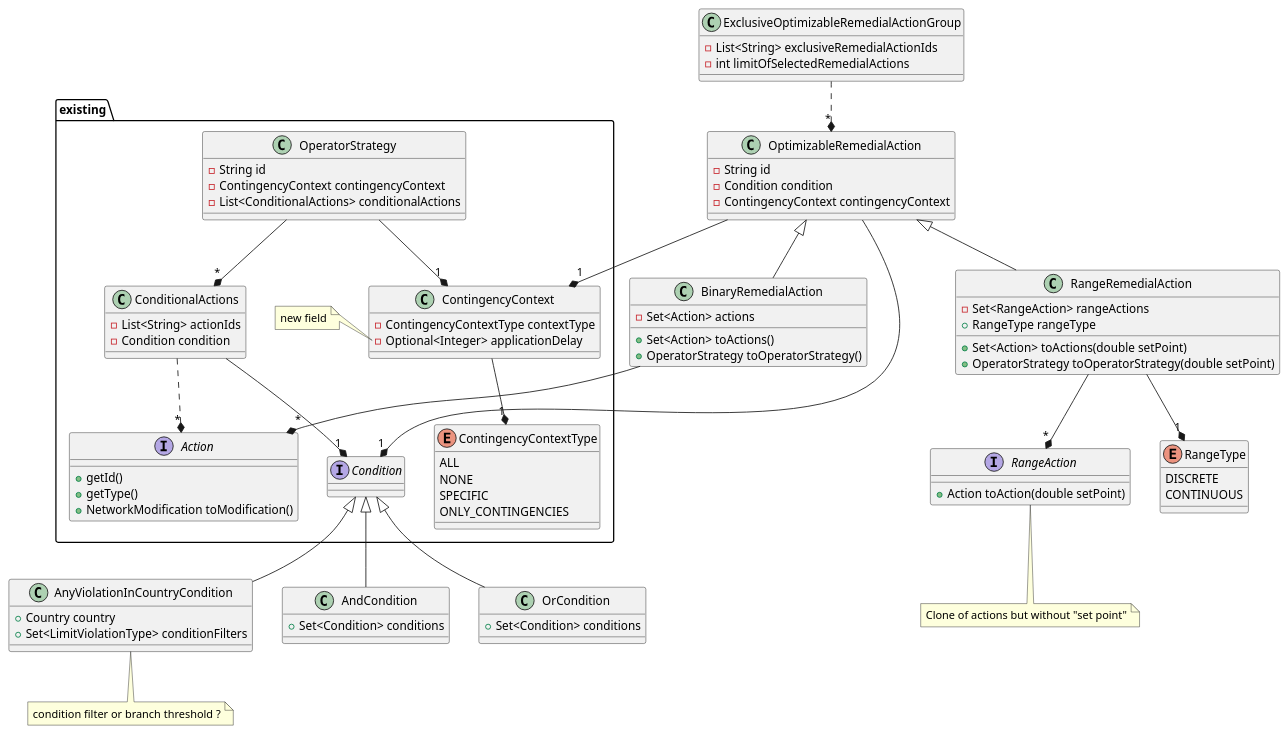
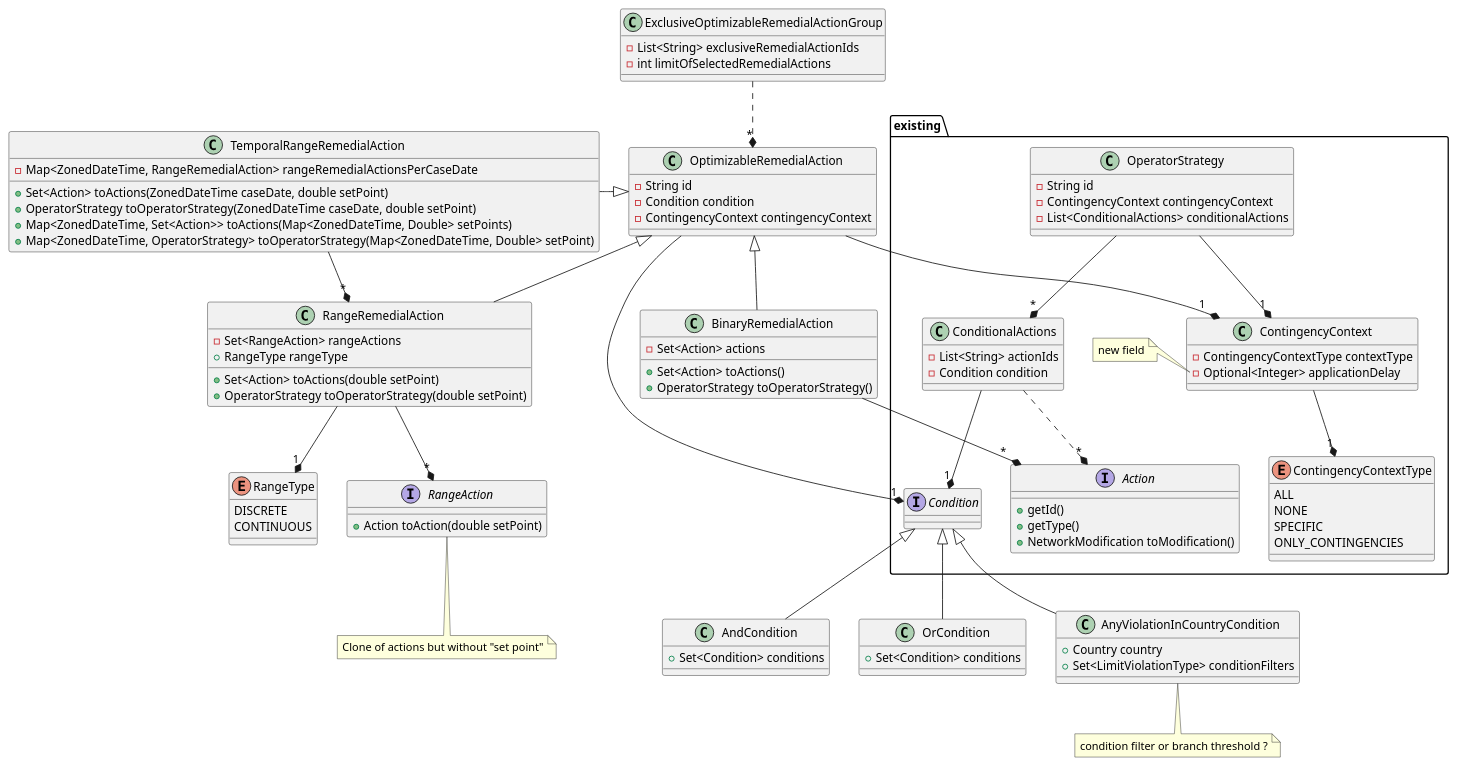
One commit to powsybl/powsybl-core changed the diagram in docs/simulation/security/operatorStrategy_simple_future.puml. Above: the diagram before and after it, drawn with PlantUML.

Commit message:
Add TemporalRangeRemedialAction

```diff
--- a/docs/simulation/security/operatorStrategy_simple_future.puml
+++ b/docs/simulation/security/operatorStrategy_simple_future.puml
@@ -1,111 +1,119 @@
 @startuml
 
 namespace existing {
 
 class OperatorStrategy {
   - String id
   - ContingencyContext contingencyContext
   - List<ConditionalActions> conditionalActions
 }
 OperatorStrategy --* "1" ContingencyContext
 OperatorStrategy --* "*" ConditionalActions
 
 interface Condition
 
 class ConditionalActions {
   - List<String> actionIds
   - Condition condition
 }
 ConditionalActions ..* "*" Action
 ConditionalActions --* "1" Condition
 
 class ContingencyContext {
   - ContingencyContextType contextType
   - Optional<Integer> applicationDelay
 }
 ContingencyContext --* "1" ContingencyContextType
 
 note left of ContingencyContext::applicationDelay
   new field
 end note
 
 enum ContingencyContextType {
   ALL
   NONE
   SPECIFIC
   ONLY_CONTINGENCIES
 }
 
 interface Action {
   + getId()
   + getType()
   + NetworkModification toModification()
 }
 
 }
 
 Condition <|-- AndCondition
 Condition <|-- OrCondition
 Condition <|-- AnyViolationInCountryCondition
 
 class AndCondition {
   + Set<Condition> conditions
 }
 
 class OrCondition {
   + Set<Condition> conditions
 }
 
 class AnyViolationInCountryCondition {
  + Country country
  + Set<LimitViolationType> conditionFilters
 }
-
 note bottom: condition filter or branch threshold ?
-
-
 
 class OptimizableRemedialAction {
   - String id
   - Condition condition
   - ContingencyContext contingencyContext
 }
 OptimizableRemedialAction --* "1" Condition
 OptimizableRemedialAction --* "1" ContingencyContext
 OptimizableRemedialAction <|-- BinaryRemedialAction
 OptimizableRemedialAction <|-- RangeRemedialAction
 
 class BinaryRemedialAction {
   - Set<Action> actions
   + Set<Action> toActions()
   + OperatorStrategy toOperatorStrategy()
 }
 BinaryRemedialAction --* "*" Action
 
 class RangeRemedialAction {
   - Set<RangeAction> rangeActions
   + RangeType rangeType
   + Set<Action> toActions(double setPoint)
   + OperatorStrategy toOperatorStrategy(double setPoint)
 }
 RangeRemedialAction --* "*" RangeAction
 RangeRemedialAction --* "1" RangeType
 
 enum RangeType {
   DISCRETE
   CONTINUOUS
 }
 
 interface RangeAction {
   + Action toAction(double setPoint)
 }
 note bottom: Clone of actions but without "set point"
 
 class ExclusiveOptimizableRemedialActionGroup {
   - List<String> exclusiveRemedialActionIds
   - int limitOfSelectedRemedialActions
 }
 ExclusiveOptimizableRemedialActionGroup ..* "*" OptimizableRemedialAction
 
+class TemporalRangeRemedialAction {
+  - Map<ZonedDateTime, RangeRemedialAction> rangeRemedialActionsPerCaseDate
+  + Set<Action> toActions(ZonedDateTime caseDate, double setPoint)
+  + OperatorStrategy toOperatorStrategy(ZonedDateTime caseDate, double setPoint)
+  + Map<ZonedDateTime, Set<Action>> toActions(Map<ZonedDateTime, Double> setPoints)
+  + Map<ZonedDateTime, OperatorStrategy> toOperatorStrategy(Map<ZonedDateTime, Double> setPoint)
+}
+TemporalRangeRemedialAction --* "*" RangeRemedialAction
+TemporalRangeRemedialAction -|> OptimizableRemedialAction
+
+
 
 @enduml
```
